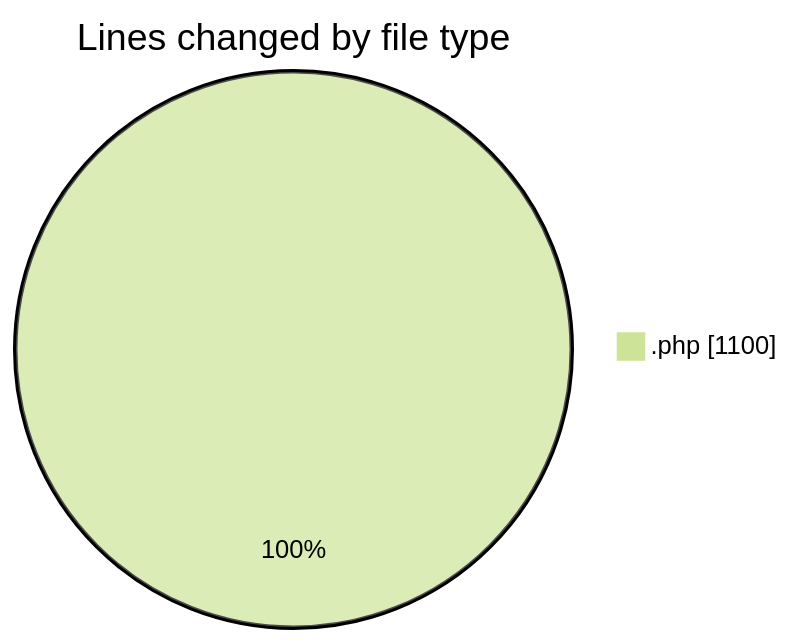
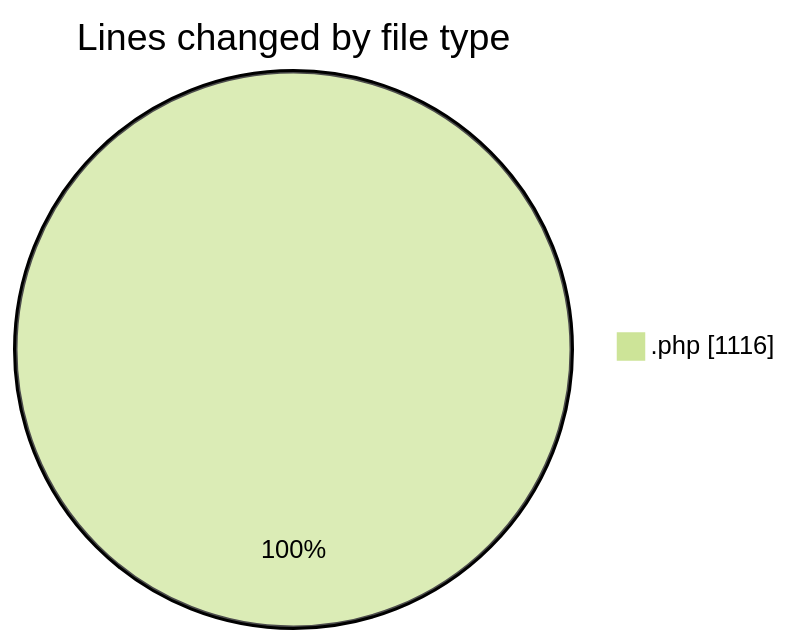
One commit to debugP/code-tracking changed the first of 2 diagrams in 2026-11-11/wp-content__workspace_/README.md. Above: the diagram before and after it, drawn with Mermaid (forest theme). The commit also changed other lines of this file and 1 other file, not shown here.

````diff
--- a/2026-11-11/wp-content__workspace_/README.md
+++ b/2026-11-11/wp-content__workspace_/README.md
@@ -20,5 +20,5 @@
 ```mermaid
 pie showData
 title Lines changed by file type
-".php" : 1100
+".php" : 1116
 ```
````
